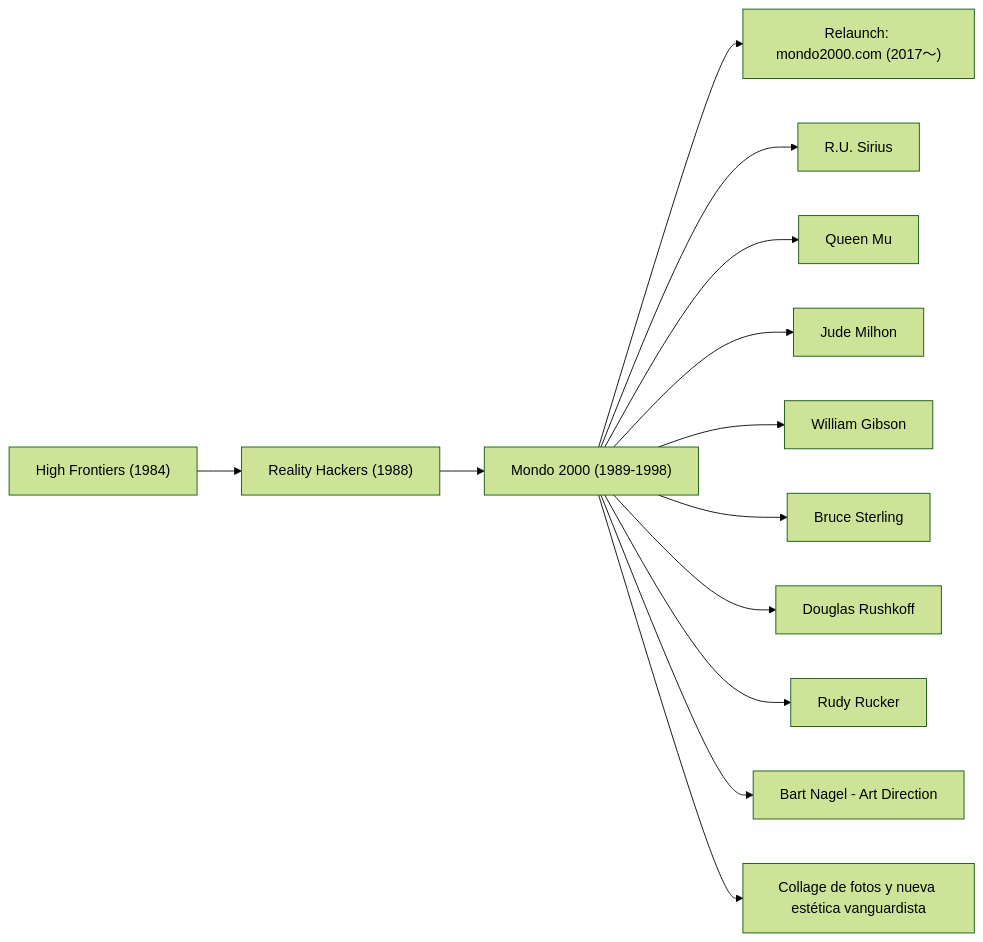
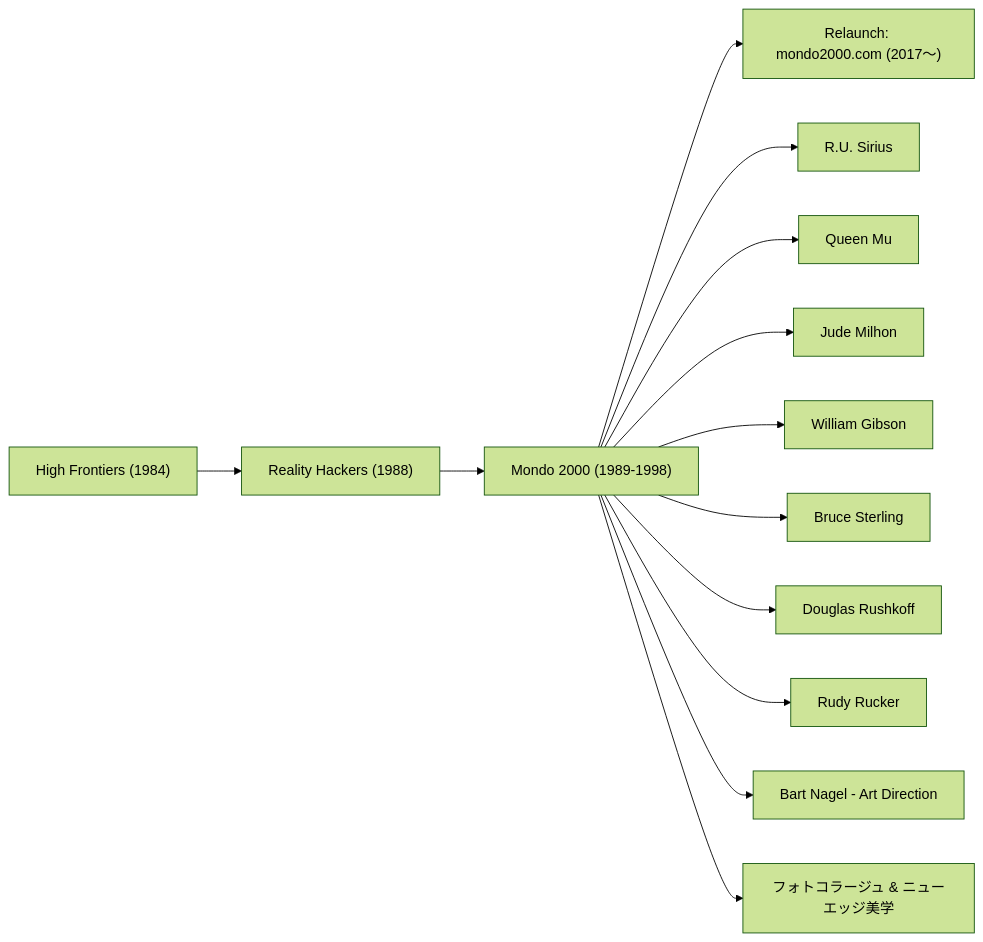
The diagram in es/_posts/2025-10-02-Column-Mondo-2000.md (monumental-movement/monumental-movement.github.io), drawn with Mermaid (forest theme) before and after one commit. The commit also changed other lines of this file and 299 other files, not shown here.

```diff
--- a/es/_posts/2025-10-02-Column-Mondo-2000.md
+++ b/es/_posts/2025-10-02-Column-Mondo-2000.md
@@ -46,20 +46,20 @@
 <div class="mermaid">
 
 flowchart LR
   A["High Frontiers (1984)"] --> B["Reality Hackers (1988)"]
   B --> C["Mondo 2000 (1989-1998)"]
   C --> D["Relaunch: mondo2000.com (2017〜)"]
 
   C --> E["R.U. Sirius"]
   C --> F["Queen Mu"]
   C --> G["Jude Milhon"]
 
   C --> H["William Gibson"]
   C --> I["Bruce Sterling"]
   C --> J["Douglas Rushkoff"]
   C --> K["Rudy Rucker"]
 
   C --> L["Bart Nagel - Art Direction"]
-  C --> M["Collage de fotos y nueva estética vanguardista"]
+  C --> M["フォトコラージュ & ニューエッジ美学"]
   
 </div>
```
